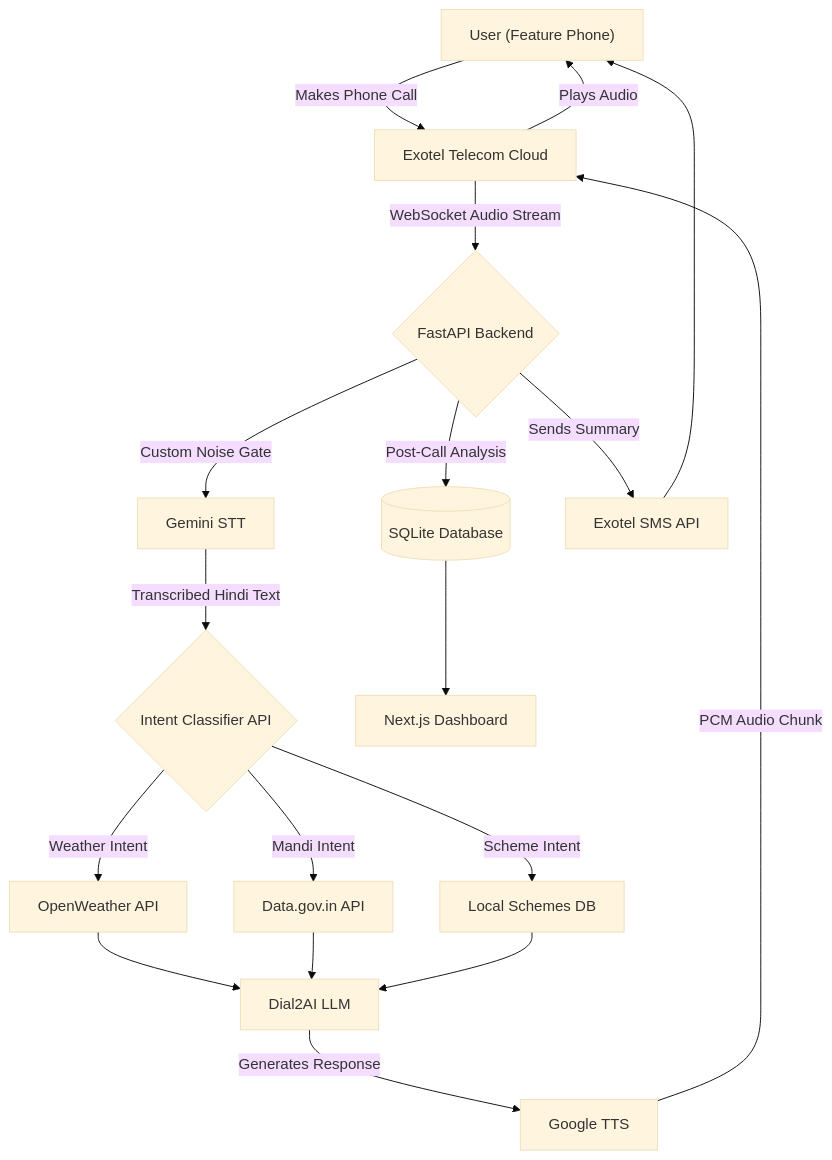
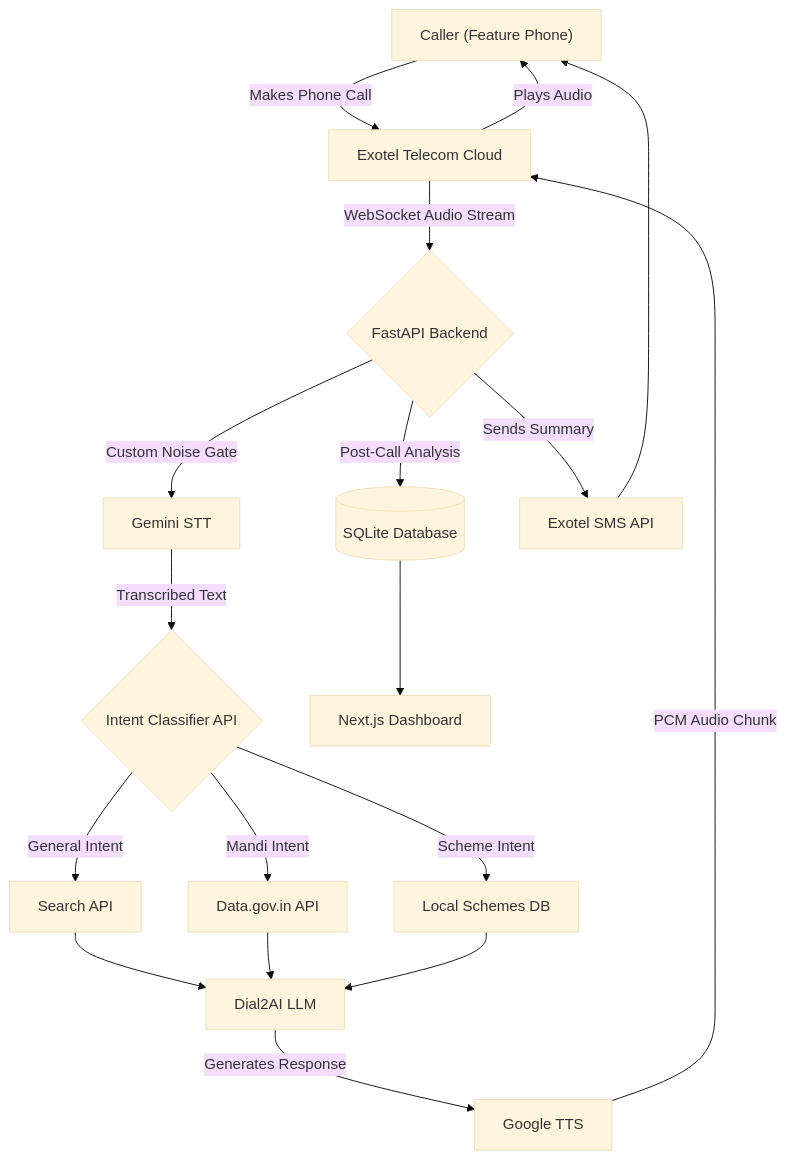
One commit to sagarhundia2-ops/demo changed the second of 2 diagrams in Readme.md. Above: the diagram before and after it, drawn with Mermaid (base theme). The commit also changed other lines of this file and 1 other file, not shown here.

Commit message:
docs: 🌍 Broadened scope from 'Farmers' to all disconnected citizens and polished Mermaid workflow

````diff
--- a/Readme.md
+++ b/Readme.md
@@ -110,20 +115,20 @@
 ```mermaid
 graph TD
-    A["User (Feature Phone)"] -->|"Makes Phone Call"| B["Exotel Telecom Cloud"]
+    A["Caller (Feature Phone)"] -->|"Makes Phone Call"| B["Exotel Telecom Cloud"]
     B -->|"WebSocket Audio Stream"| C{"FastAPI Backend"}
     C -->|"Custom Noise Gate"| D["Gemini STT"]
-    D -->|"Transcribed Hindi Text"| E{"Intent Classifier API"}
-    E -->|"Weather Intent"| F["OpenWeather API"]
+    D -->|"Transcribed Text"| E{"Intent Classifier API"}
+    E -->|"General Intent"| F["Search API"]
     E -->|"Mandi Intent"| G["Data.gov.in API"]
     E -->|"Scheme Intent"| H["Local Schemes DB"]
     F --> I["Dial2AI LLM"]
     G --> I
     H --> I
     I -->|"Generates Response"| J["Google TTS"]
     J -->|"PCM Audio Chunk"| B
     B -->|"Plays Audio"| A
     C -->|"Post-Call Analysis"| K[("SQLite Database")]
     C -->|"Sends Summary"| L["Exotel SMS API"]
     L --> A
     K --> M["Next.js Dashboard"]
 ```
````
